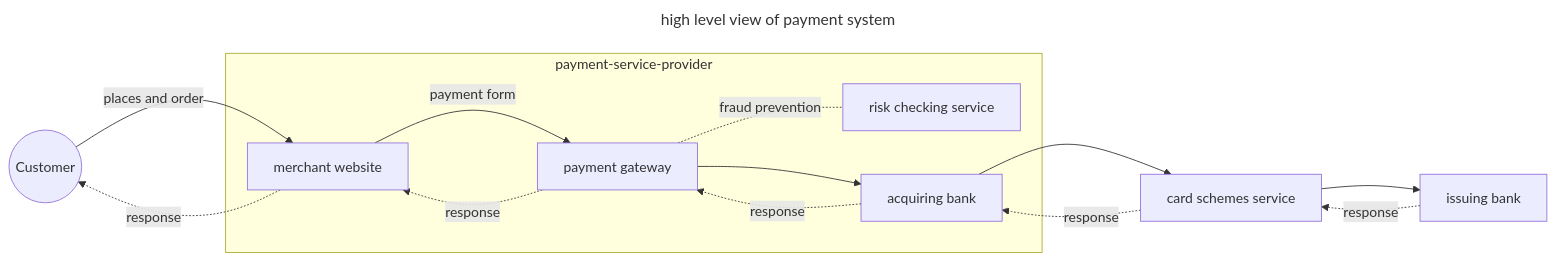
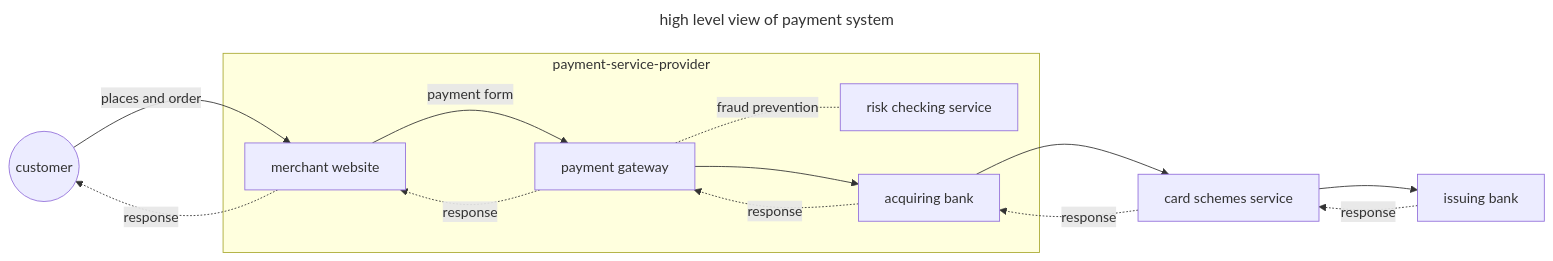
One commit to brk-a/system-design changed the first of 2 diagrams in 0x09-payment_system/0-payment_system.md. Above: the diagram before and after it, drawn with Mermaid. The commit also changed other lines of this file, not shown here.

````diff
--- a/0x09-payment_system/0-payment_system.md
+++ b/0x09-payment_system/0-payment_system.md
@@ -30,20 +47,20 @@
     ```mermaid
     ---
     title: high level view of payment system
     ---
         flowchart LR
-        A((Customer))--places and order-->B[merchant website]
+        A((customer))--places and order-->B[merchant website]
         subgraph payment-service-provider
         B--payment form-->C[payment gateway]
         C-.fraud prevention.-D[risk checking service]
         C-->E[acquiring bank]
         end
         E-->F[card schemes service]
         F-->G[issuing bank]
         G-.response.->F
         F-.response.->E
         E-.response.->C
         C-.response.->B
         B-.response.->A
 
     ```
````
